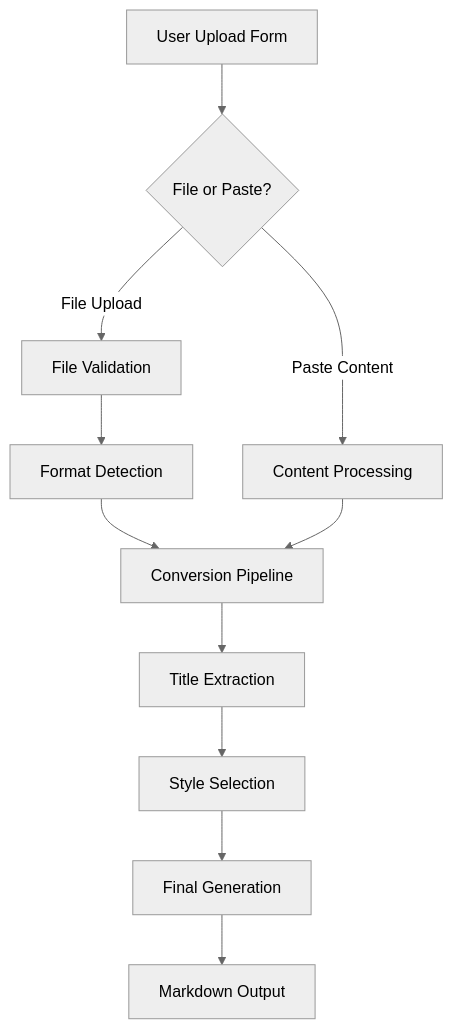
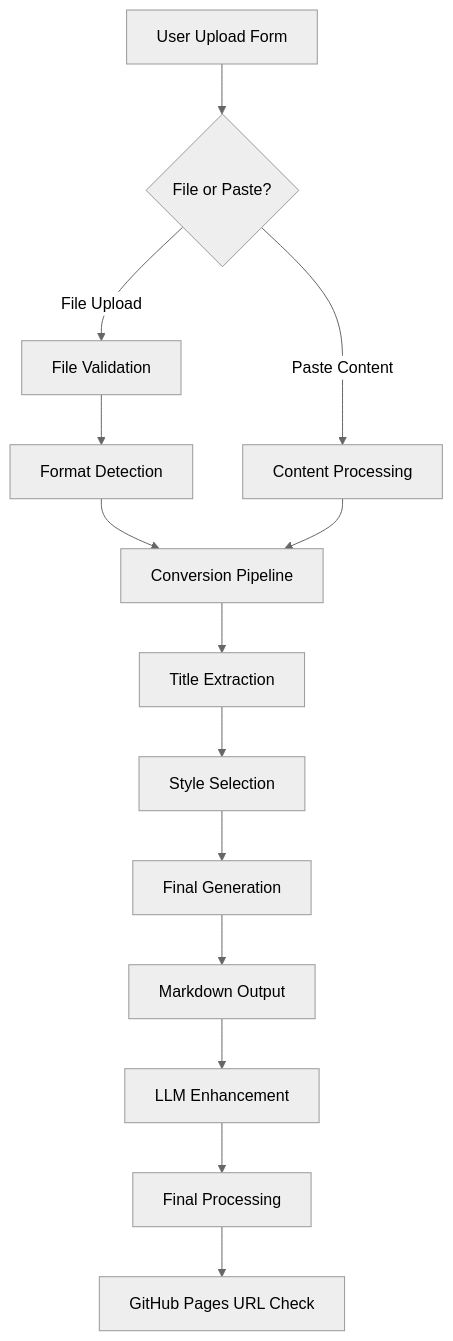
Before and after one commit to PolarisW007/PolaZhenJing: the third of 5 diagrams in .qoder/repowiki/en/content/API Reference/API Reference.md, drawn with Mermaid (neutral theme). The commit also changed other lines of this file and 4 other files, not shown here.

````diff
--- a/.qoder/repowiki/en/content/API Reference/API Reference.md
+++ b/.qoder/repowiki/en/content/API Reference/API Reference.md
@@ -146,13 +156,16 @@
 ```mermaid
 flowchart TD
 A[User Upload Form] --> B{File or Paste?}
 B --> |File Upload| C[File Validation]
 B --> |Paste Content| D[Content Processing]
 C --> E[Format Detection]
 E --> F[Conversion Pipeline]
 D --> F
 F --> G[Title Extraction]
 G --> H[Style Selection]
 H --> I[Final Generation]
 I --> J[Markdown Output]
+J --> K[LLM Enhancement]
+K --> L[Final Processing]
+L --> M[GitHub Pages URL Check]
 ```
````
